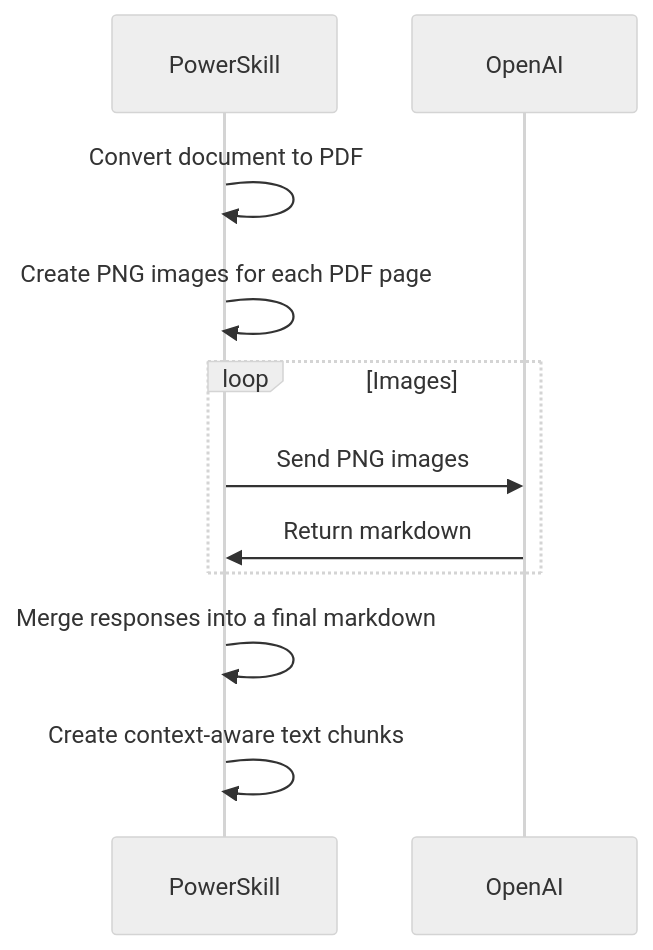
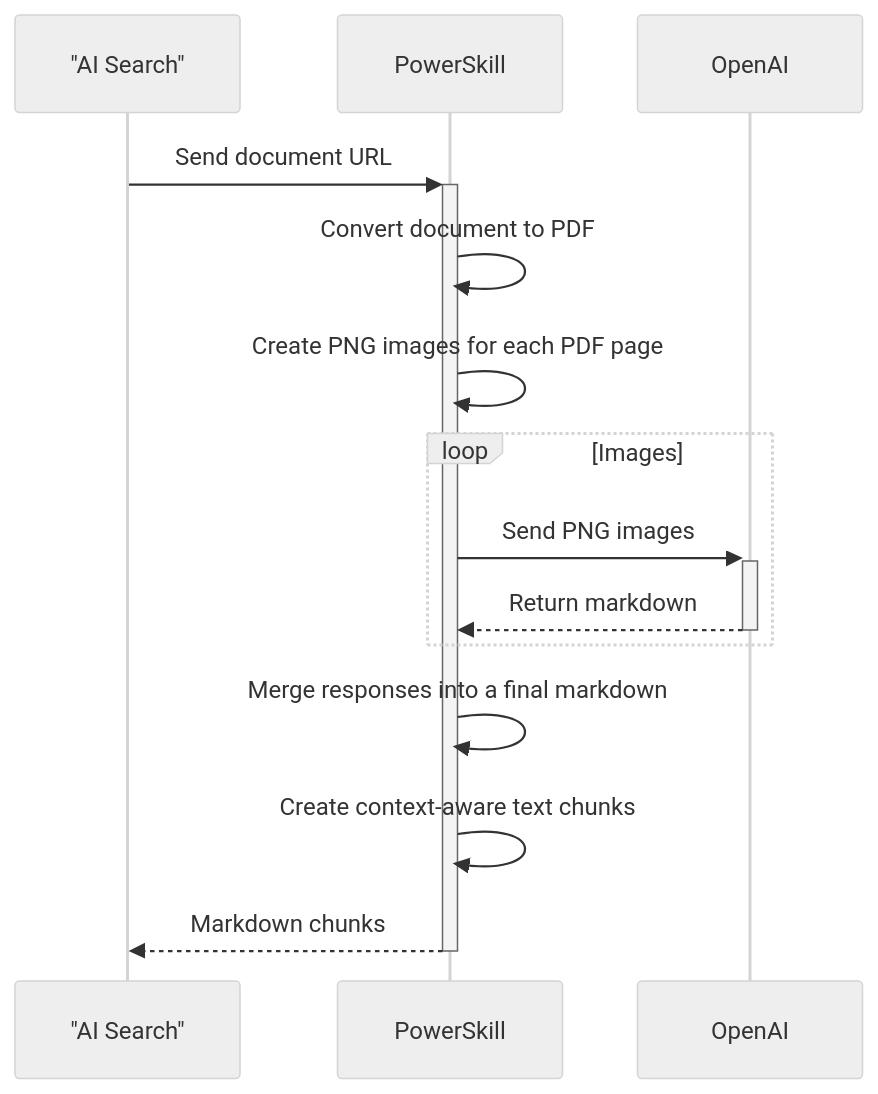
The diagram in Vision/LLMChunker/README.md (Azure-Samples/azure-search-power-skills), drawn with Mermaid (neutral theme) before and after one commit. The commit also changed 1 other file, not shown here.

````diff
--- a/Vision/LLMChunker/README.md
+++ b/Vision/LLMChunker/README.md
@@ -30,14 +30,17 @@
 ```mermaid
 sequenceDiagram
+    participant aisearch as "AI Search"
     participant PowerSkill
     participant OpenAI
 
+    aisearch->>+PowerSkill: Send document URL
     PowerSkill->>PowerSkill: Convert document to PDF
     PowerSkill->>PowerSkill: Create PNG images for each PDF page
     loop Images
-      PowerSkill->>OpenAI: Send PNG images
-      OpenAI->>PowerSkill: Return markdown
+      PowerSkill->>+OpenAI: Send PNG images
+      OpenAI-->>-PowerSkill: Return markdown
     end
     PowerSkill->>PowerSkill: Merge responses into a final markdown
     PowerSkill->>PowerSkill: Create context-aware text chunks
+    PowerSkill-->>-aisearch: Markdown chunks
 ```
````
